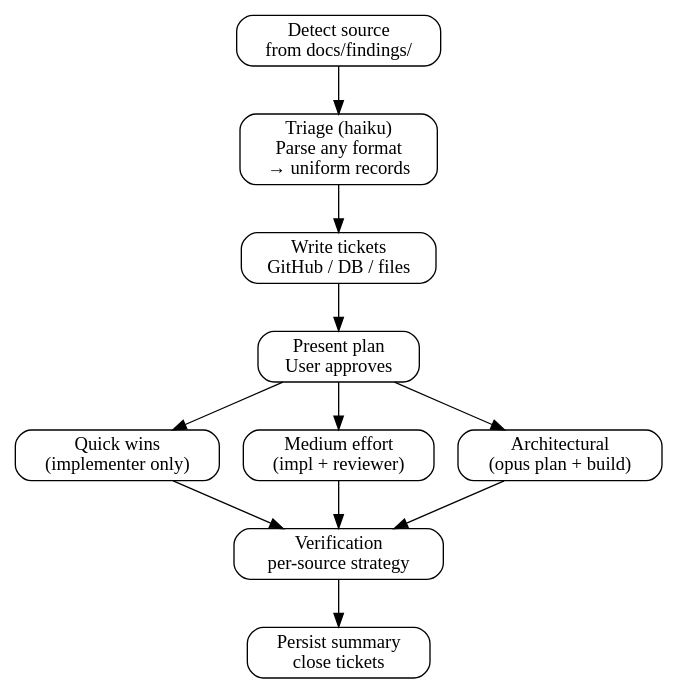
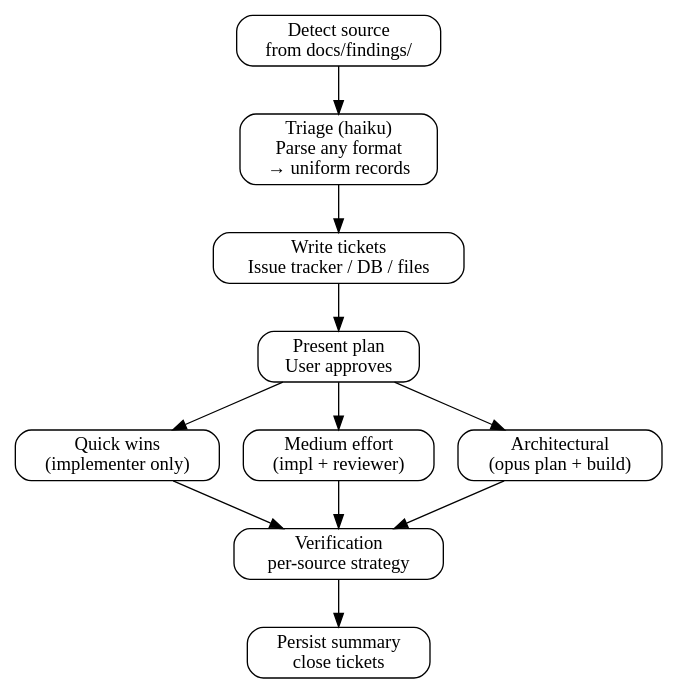
Before and after one commit to djwmobley/pipeline: the diagram in skills/remediation/SKILL.md, drawn with Graphviz. The commit also changed other lines of this file and 41 other files, not shown here.

First line of the commit message:
fix: replace 71 hardcoded GitHub references with platform-neutral language (#54)

````diff
--- a/skills/remediation/SKILL.md
+++ b/skills/remediation/SKILL.md
@@ -51,24 +51,24 @@
 ```dot
 digraph remediation {
     rankdir=TB;
     node [shape=box, style=rounded];
 
     source [label="Detect source\nfrom docs/findings/"];
     triage [label="Triage (haiku)\nParse any format\n→ uniform records"];
-    tickets [label="Write tickets\nGitHub / DB / files"];
+    tickets [label="Write tickets\nIssue tracker / DB / files"];
     present [label="Present plan\nUser approves"];
     quick [label="Quick wins\n(implementer only)"];
     medium [label="Medium effort\n(impl + reviewer)"];
     arch [label="Architectural\n(opus plan + build)"];
     verify [label="Verification\nper-source strategy"];
     persist [label="Persist summary\nclose tickets"];
 
     source -> triage -> tickets -> present;
     present -> quick -> verify;
     present -> medium -> verify;
     present -> arch -> verify;
     verify -> persist;
 
     {rank=same; quick; medium; arch;}
 }
 ```
````
